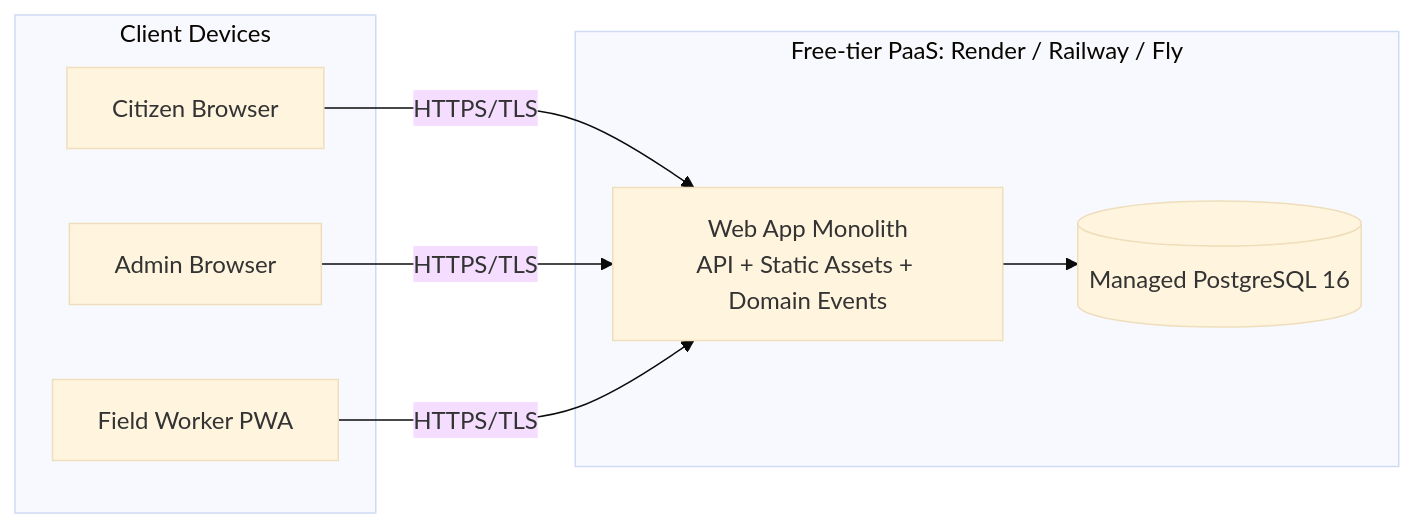
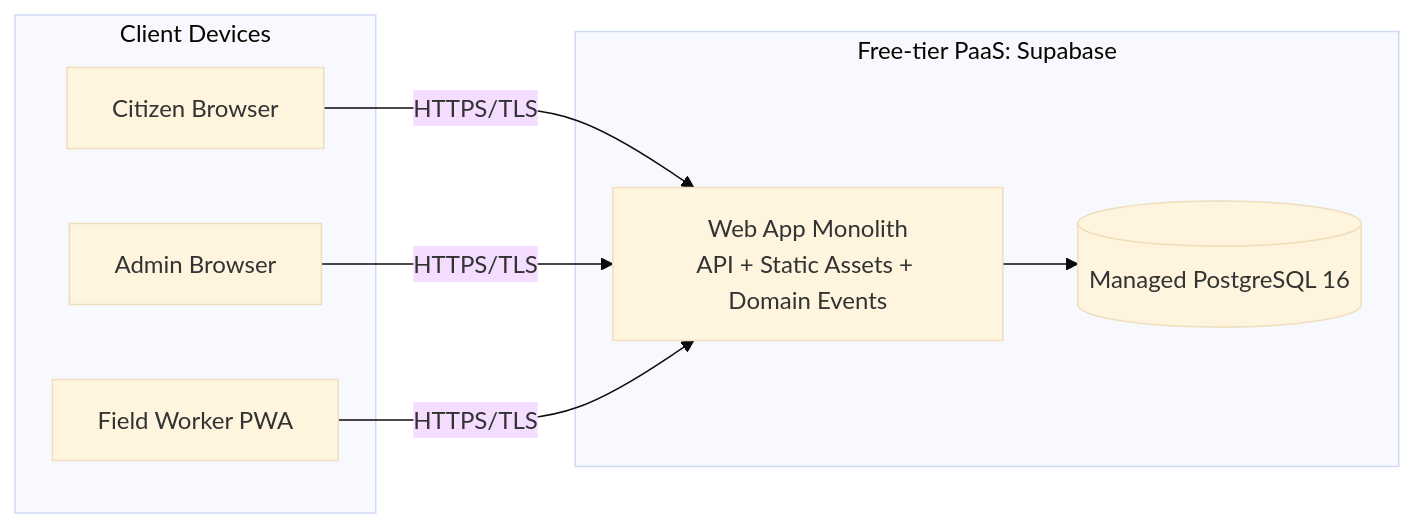
Before and after one commit to almasi06/-Civic-Connect-Platform: the diagram in documents/Architecture/deployment-view.md, drawn with Mermaid (base theme).

````diff
--- a/documents/Architecture/deployment-view.md
+++ b/documents/Architecture/deployment-view.md
@@ -7,16 +7,16 @@
 ```mermaid
 flowchart LR
     subgraph Client[Client Devices]
         C1[Citizen Browser]
         C2[Admin Browser]
         C3[Field Worker PWA]
     end
-    subgraph PaaS[Free-tier PaaS: Render / Railway / Fly]
+    subgraph PaaS[Free-tier PaaS: Supabase]
         App[Web App Monolith<br/>API + Static Assets + Domain Events]
         DB[(Managed PostgreSQL 16)]
     end
     C1 -->|HTTPS/TLS| App
     C2 -->|HTTPS/TLS| App
     C3 -->|HTTPS/TLS| App
     App --> DB
 ```
````
